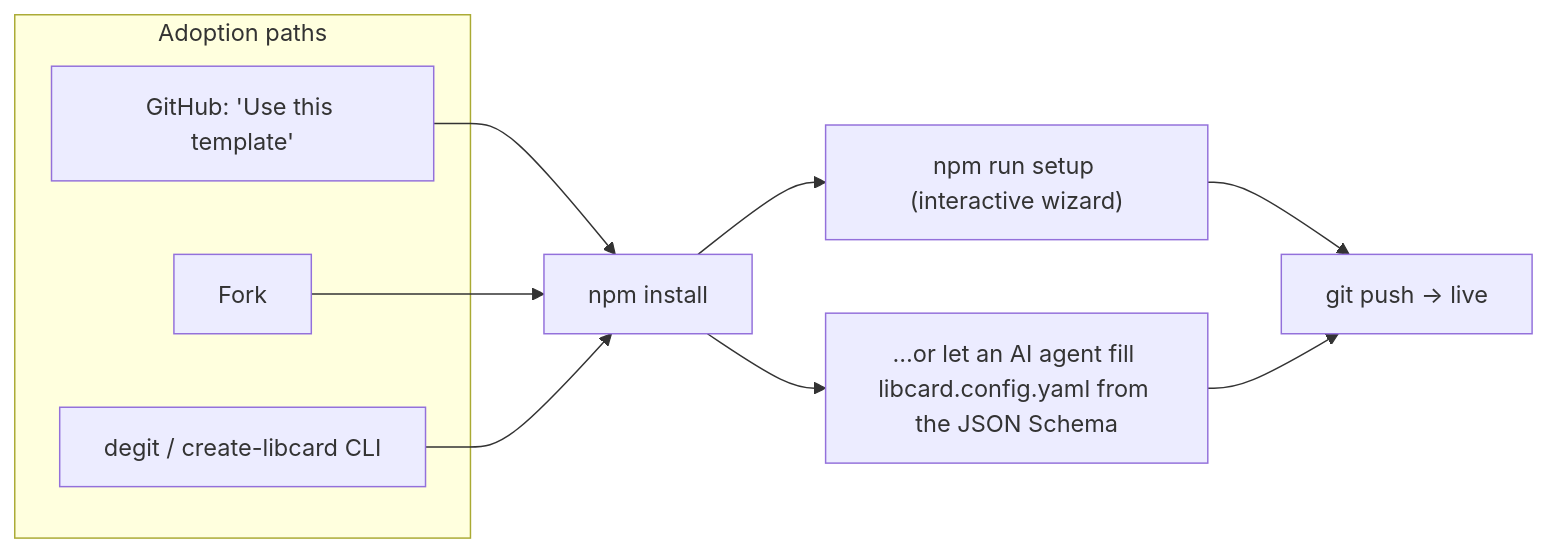
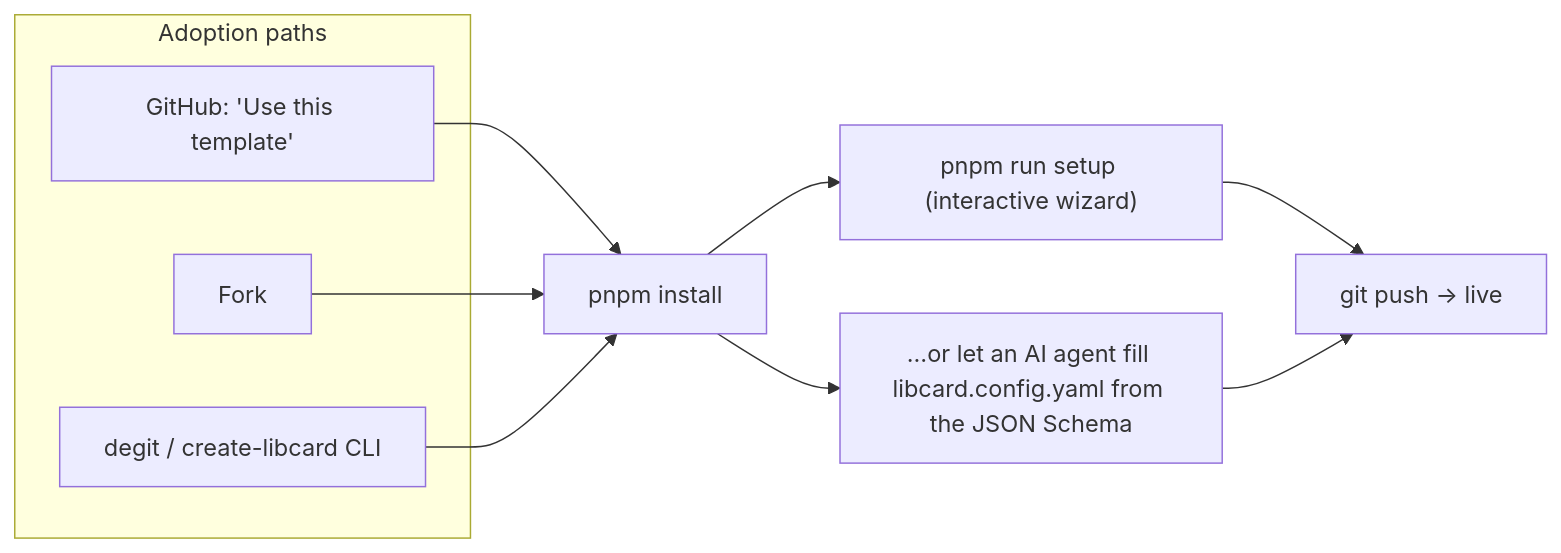
The third of 6 diagrams in docs/explorations/0001_[_]_LIBCARD_ARCHITECTURE_AND_MVP.md (crs48/LIBCard), drawn with Mermaid before and after one commit. The commit also changed other lines of this file, not shown here.

First line of the commit message:
docs(exploration): standardize on pnpm as the package manager

````diff
--- a/docs/explorations/0001_[_]_LIBCARD_ARCHITECTURE_AND_MVP.md
+++ b/docs/explorations/0001_[_]_LIBCARD_ARCHITECTURE_AND_MVP.md
@@ -252,15 +254,15 @@
 ```mermaid
 flowchart LR
     subgraph Paths["Adoption paths"]
         T["GitHub: 'Use this template'"]
         F["Fork"]
         C["degit / create-libcard CLI"]
     end
-    T --> S["npm install"]
+    T --> S["pnpm install"]
     F --> S
     C --> S
-    S --> W["npm run setup (interactive wizard)"]
+    S --> W["pnpm run setup (interactive wizard)"]
     S --> AI["…or let an AI agent fill libcard.config.yaml from the JSON Schema"]
     W --> Push["git push → live"]
     AI --> Push
 ```
````
